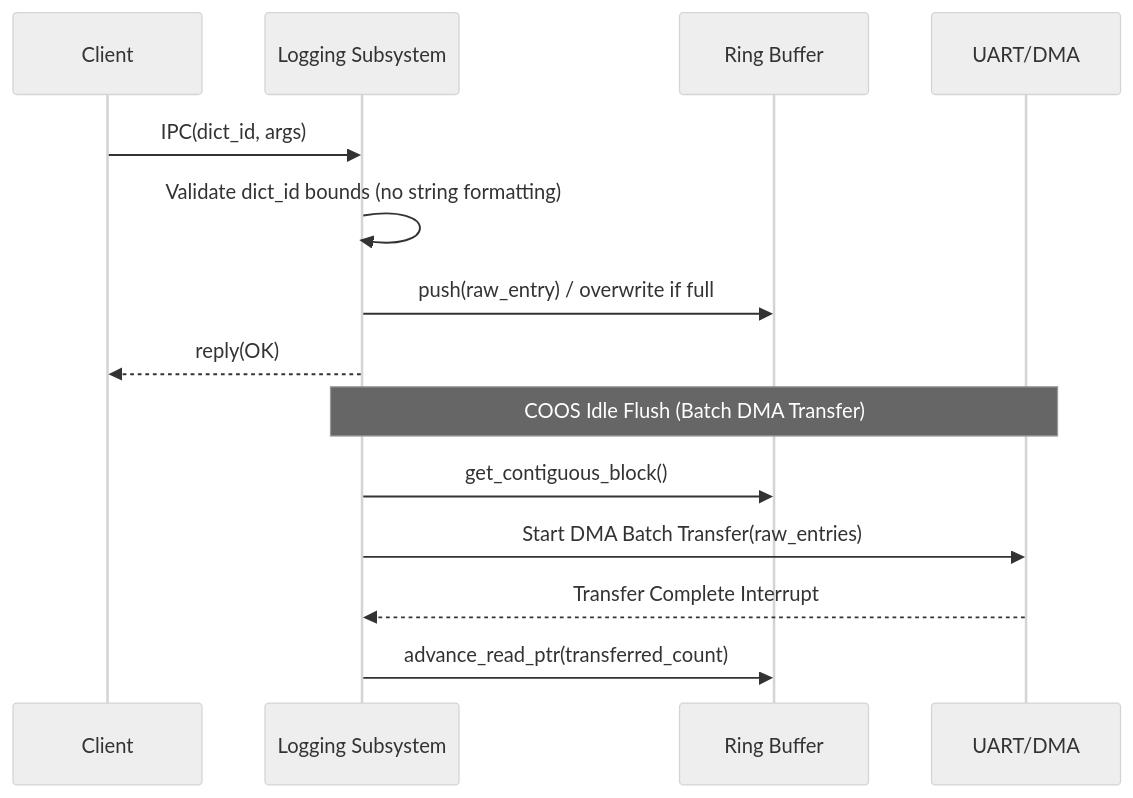
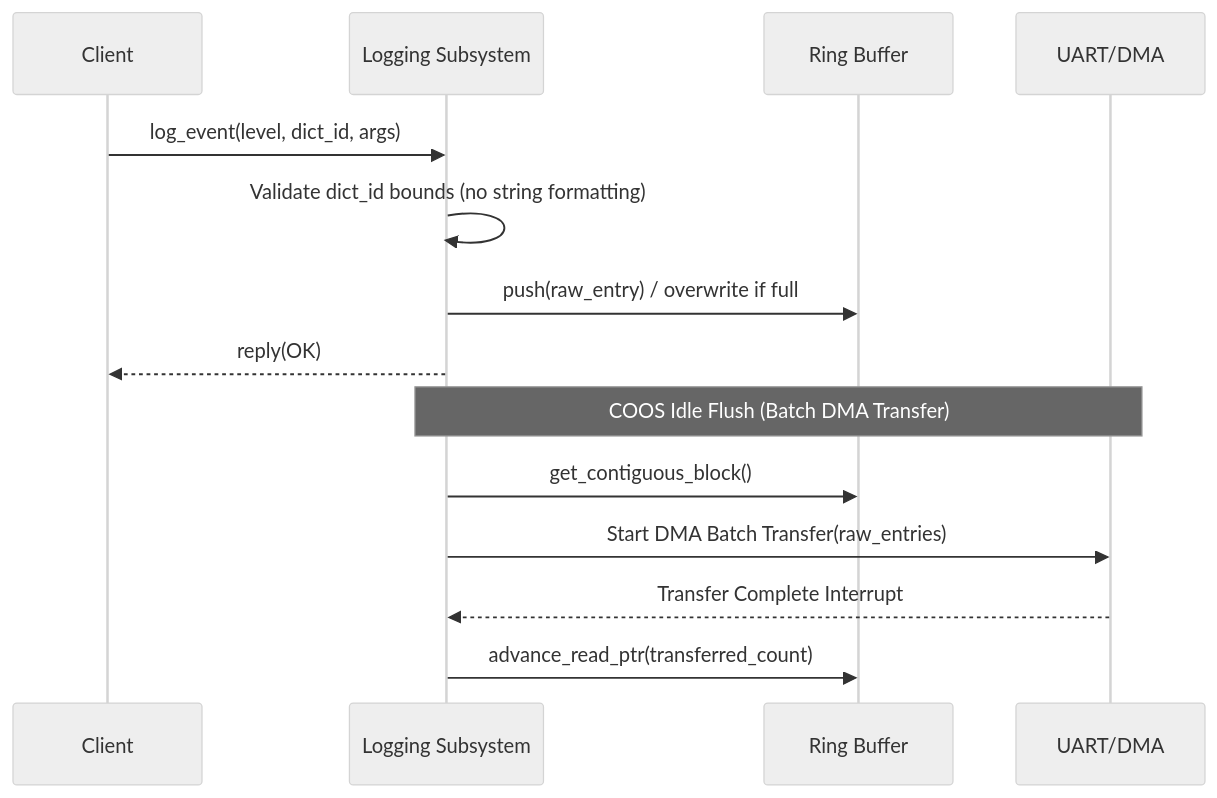
The third of 3 diagrams in docs/components/tier2_runtime/runtime_logging.md (kmt-t/fireball), drawn with Mermaid (neutral theme) before and after one commit. The commit also changed other lines of this file and 170 other files, not shown here.

````diff
--- a/docs/components/tier2_runtime/runtime_logging.md
+++ b/docs/components/tier2_runtime/runtime_logging.md
@@ -167,17 +169,17 @@
 ```mermaid
 sequenceDiagram
     participant C as Client
     participant L as Logging Subsystem
     participant RB as Ring Buffer
     participant HW as UART/DMA
 
-    C->>L: IPC(dict_id, args)
+    C->>L: log_event(level, dict_id, args)
     L->>L: Validate dict_id bounds (no string formatting)
     L->>RB: push(raw_entry) / overwrite if full
     L-->>C: reply(OK)
     Note over L,HW: COOS Idle Flush (Batch DMA Transfer)
     L->>RB: get_contiguous_block()
     L->>HW: Start DMA Batch Transfer(raw_entries)
     HW-->>L: Transfer Complete Interrupt
     L->>RB: advance_read_ptr(transferred_count)
 ```
````
